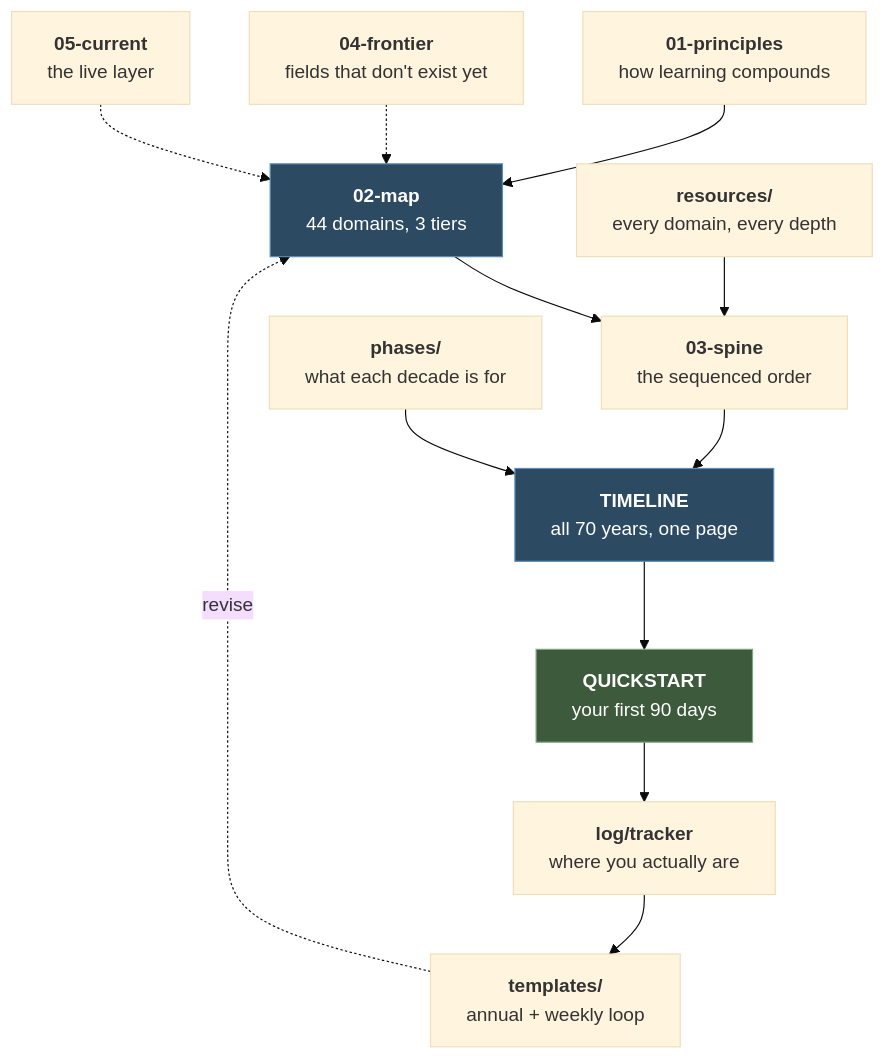
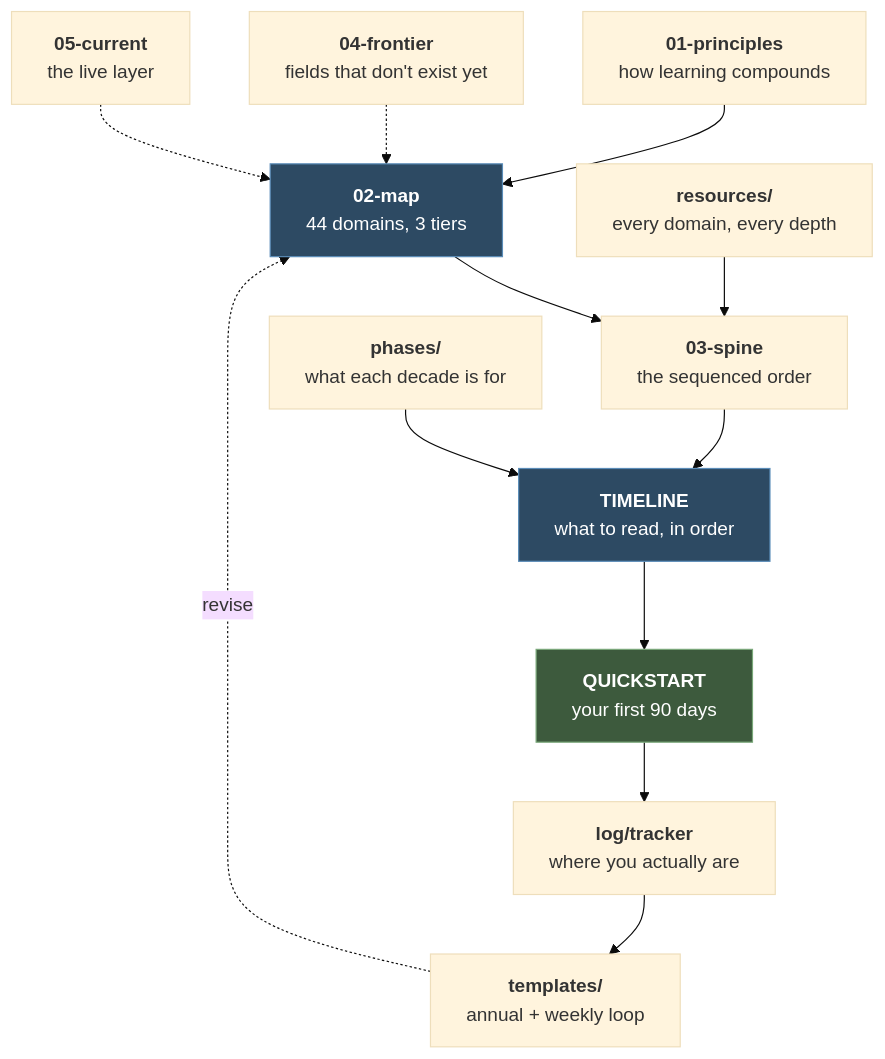
The first of 2 diagrams in README.md (xuvictor04/Learning-Agenda), drawn with Mermaid (base theme) before and after one commit. The commit also changed other lines of this file, not shown here.

First line of the commit message:
Show the material queue on the front page

````diff
--- a/README.md
+++ b/README.md
@@ -34,21 +34,21 @@
 ```mermaid
 flowchart TD
     P["<b>01-principles</b><br/>how learning compounds"] --> M["<b>02-map</b><br/>44 domains, 3 tiers"]
     M --> S["<b>03-spine</b><br/>the sequenced order"]
-    S --> T["<b>TIMELINE</b><br/>all 70 years, one page"]
+    S --> T["<b>TIMELINE</b><br/>what to read, in order"]
     T --> Q["<b>QUICKSTART</b><br/>your first 90 days"]
 
     F["<b>04-frontier</b><br/>fields that don't exist yet"] -.-> M
     C["<b>05-current</b><br/>the live layer"] -.-> M
 
     R["<b>resources/</b><br/>every domain, every depth"] --> S
     PH["<b>phases/</b><br/>what each decade is for"] --> T
 
     Q --> L["<b>log/tracker</b><br/>where you actually are"]
     L --> AR["<b>templates/</b><br/>annual + weekly loop"]
     AR -.->|"revise"| M
 
     style M fill:#2d4a63,stroke:#5a8cb8,color:#fff
     style T fill:#2d4a63,stroke:#5a8cb8,color:#fff
     style Q fill:#3d5a3d,stroke:#7aa87a,color:#fff
 ```
````
